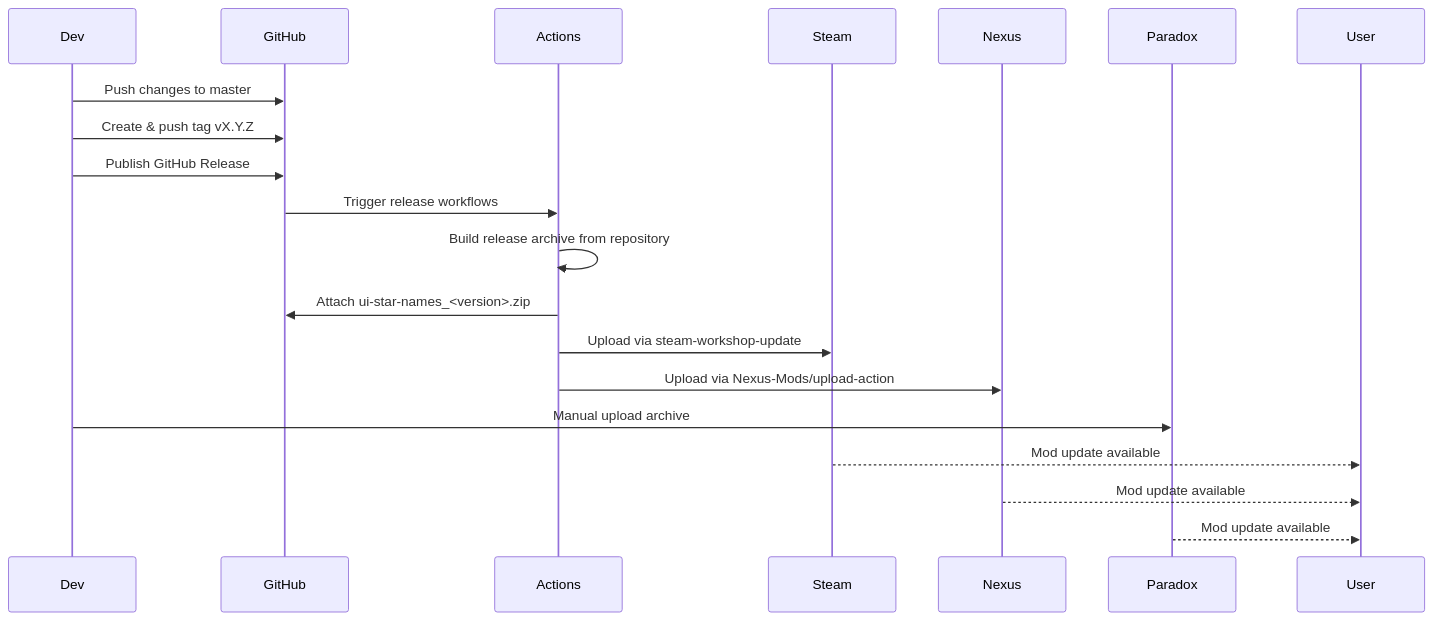
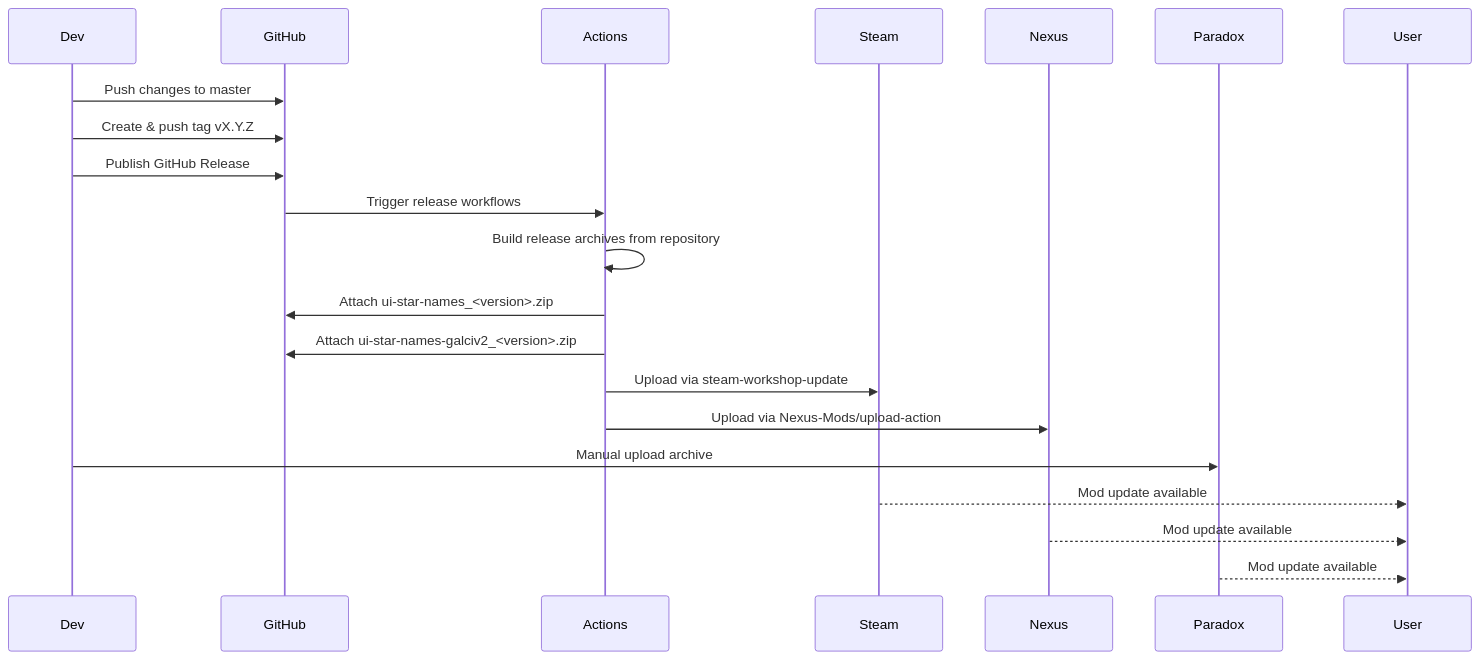
One commit to hmlendea/stellaris-ui-star-names changed the diagram in docs/flows/release-and-distribution.md. Above: the diagram before and after it, drawn with Mermaid. The commit also changed other lines of this file and 11 other files, not shown here.

````diff
--- a/docs/flows/release-and-distribution.md
+++ b/docs/flows/release-and-distribution.md
@@ -9,22 +9,23 @@
 ```mermaid
 sequenceDiagram
     participant Dev
     participant GitHub
     participant Actions
     participant Steam
     participant Nexus
     participant Paradox
 
     Dev->>GitHub: Push changes to master
     Dev->>GitHub: Create & push tag vX.Y.Z
     Dev->>GitHub: Publish GitHub Release
     GitHub->>Actions: Trigger release workflows
-    Actions->>Actions: Build release archive from repository
+    Actions->>Actions: Build release archives from repository
     Actions->>GitHub: Attach ui-star-names_<version>.zip
+    Actions->>GitHub: Attach ui-star-names-galciv2_<version>.zip
     Actions->>Steam: Upload via steam-workshop-update
     Actions->>Nexus: Upload via Nexus-Mods/upload-action
     Dev->>Paradox: Manual upload archive
     Steam-->>User: Mod update available
     Nexus-->>User: Mod update available
     Paradox-->>User: Mod update available
 ```
````
